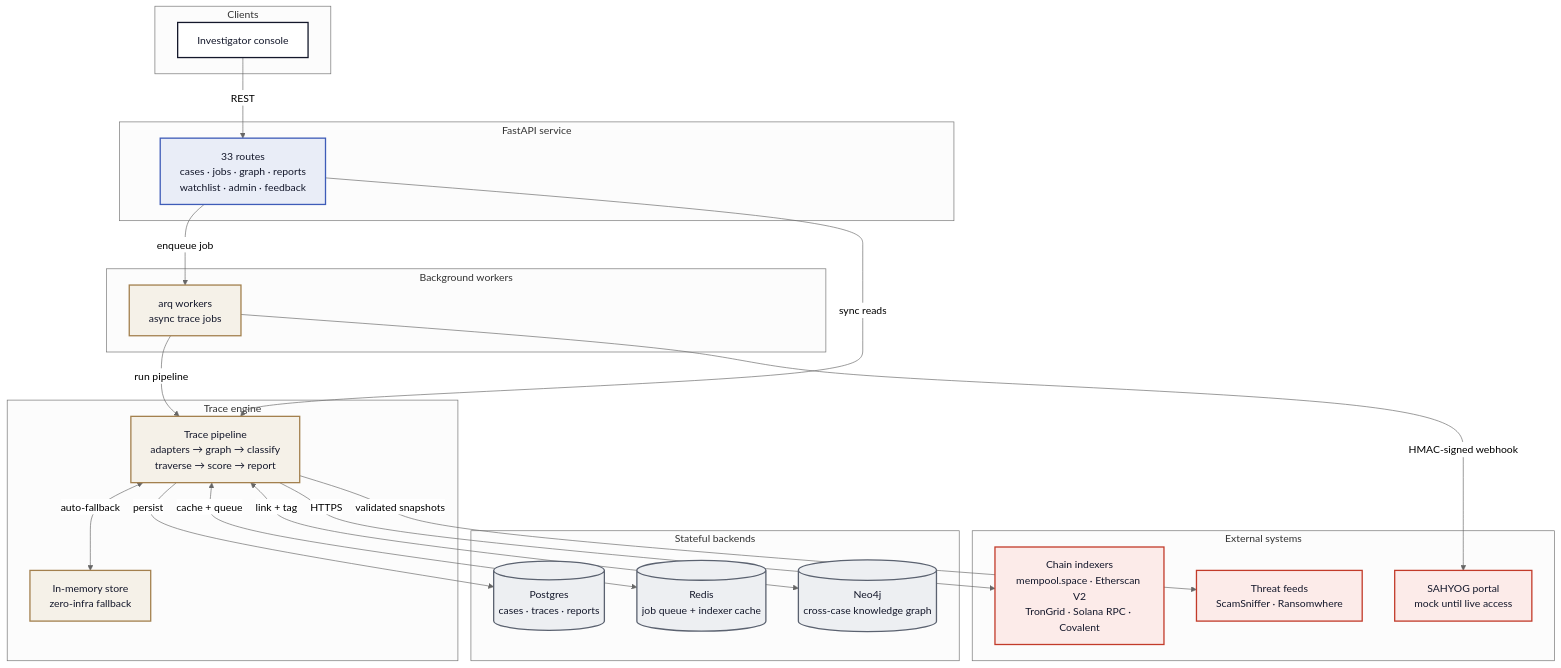
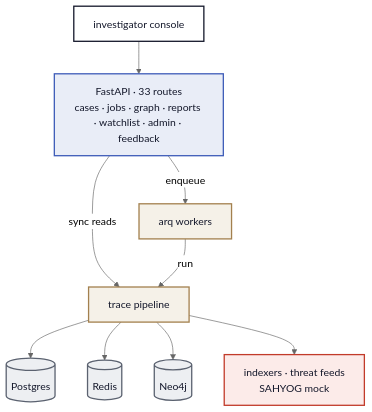
Before and after one commit to QuantumDev-CERN/Automated-Vasp-Atrribution-Engine: the third of 4 diagrams in README.md, drawn with Mermaid (neutral theme). The commit also changed other lines of this file, not shown here.

Commit message:
docs: compact README diagrams — no-scroll pipeline, terminals, architecture, lifecycle

````diff
--- a/README.md
+++ b/README.md
@@ -130,44 +129,17 @@
 ```mermaid
-flowchart TB
+flowchart TD
     classDef client fill:#FFFFFF,stroke:#14182B,stroke-width:2px,color:#14182B
     classDef api fill:#E9EDF7,stroke:#3E5CB8,stroke-width:2px,color:#14182B
     classDef eng fill:#F5F1E8,stroke:#A3804E,stroke-width:2px,color:#14182B
     classDef infra fill:#EDEFF2,stroke:#5B6270,stroke-width:2px,color:#14182B
     classDef ext fill:#FCEBE9,stroke:#C23B2A,stroke-width:2px,color:#14182B
 
-    subgraph CLIENT["Clients"]
-        UI["Investigator console"]:::client
-    end
-    subgraph SVC["FastAPI service"]
-        R["33 routes<br/>cases · jobs · graph · reports<br/>watchlist · admin · feedback"]:::api
-    end
-    subgraph ENG["Trace engine"]
-        P["Trace pipeline<br/>adapters → graph → classify<br/>traverse → score → report"]:::eng
-        M["In-memory store<br/>zero-infra fallback"]:::eng
-    end
-    subgraph WORK["Background workers"]
-        W["arq workers<br/>async trace jobs"]:::eng
-    end
-    subgraph DATA["Stateful backends"]
-        PG[("Postgres<br/>cases · traces · reports")]:::infra
-        RD[("Redis<br/>job queue + indexer cache")]:::infra
-        N4[("Neo4j<br/>cross-case knowledge graph")]:::infra
-    end
-    subgraph EXT["External systems"]
-        IDX["Chain indexers<br/>mempool.space · Etherscan V2<br/>TronGrid · Solana RPC · Covalent"]:::ext
-        FEED["Threat feeds<br/>ScamSniffer · Ransomwhere"]:::ext
-        SAH["SAHYOG portal<br/>mock until live access"]:::ext
-    end
-
-    UI -->|"REST"| R
-    R -->|"enqueue job"| W
-    R -->|"sync reads"| P
-    P <-->|"auto-fallback"| M
-    W -->|"run pipeline"| P
-    P -->|"persist"| PG
-    P <-->|"cache + queue"| RD
-    P <-->|"link + tag"| N4
-    P -->|"HTTPS"| IDX
-    P -->|"validated snapshots"| FEED
-    W -->|"HMAC-signed webhook"| SAH
+    UI["investigator console"]:::client --> R["FastAPI · 33 routes<br/>cases · jobs · graph · reports · watchlist · admin · feedback"]:::api
+    R -->|"enqueue"| W["arq workers"]:::eng
+    R -->|"sync reads"| P["trace pipeline"]:::eng
+    W -->|"run"| P
+    P --> PG[("Postgres")]:::infra
+    P --> RD[("Redis")]:::infra
+    P --> N4[("Neo4j")]:::infra
+    P --> X["indexers · threat feeds<br/>SAHYOG mock"]:::ext
 ```
````
